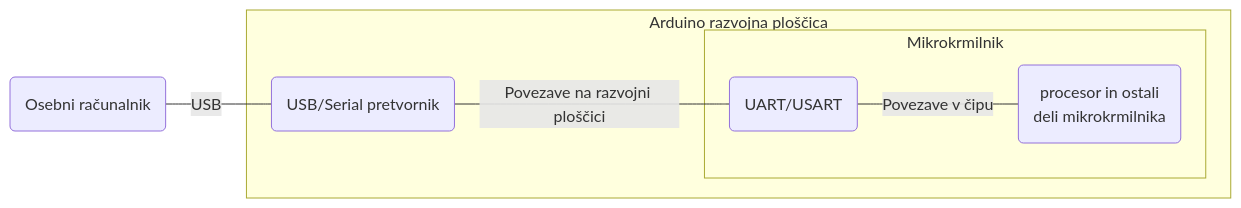
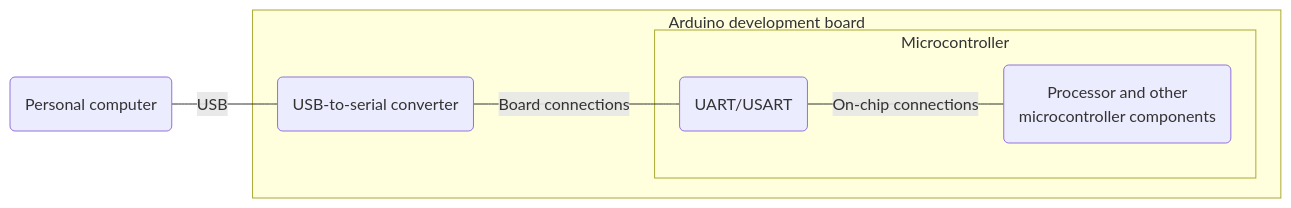
Before and after one commit to fsprojekti/wiki: the third of 3 diagrams in en/arduino-demo/uporaba-serijske-komunikacije.md, drawn with Mermaid. The commit also changed other lines of this file and 24 other files, not shown here.

````diff
--- a/en/arduino-demo/uporaba-serijske-komunikacije.md
+++ b/en/arduino-demo/uporaba-serijske-komunikacije.md
@@ -29,10 +29,10 @@
 ```mermaid
 graph LR;
-   A(Osebni računalnik)---|USB|B(USB/Serial pretvornik)
-   subgraph Arduino razvojna ploščica
-   B---|Povezave na razvojni ploščici|C(UART/USART)
-   subgraph Mikrokrmilnik
-   C---|Povezave v čipu|D(procesor in ostali <br> deli mikrokrmilnika)
+   A(Personal computer)---|USB|B(USB-to-serial converter)
+   subgraph Arduino development board
+   B---|Board connections|C(UART/USART)
+   subgraph Microcontroller
+   C---|On-chip connections|D(Processor and other <br> microcontroller components)
    end
    end
 ```
````
